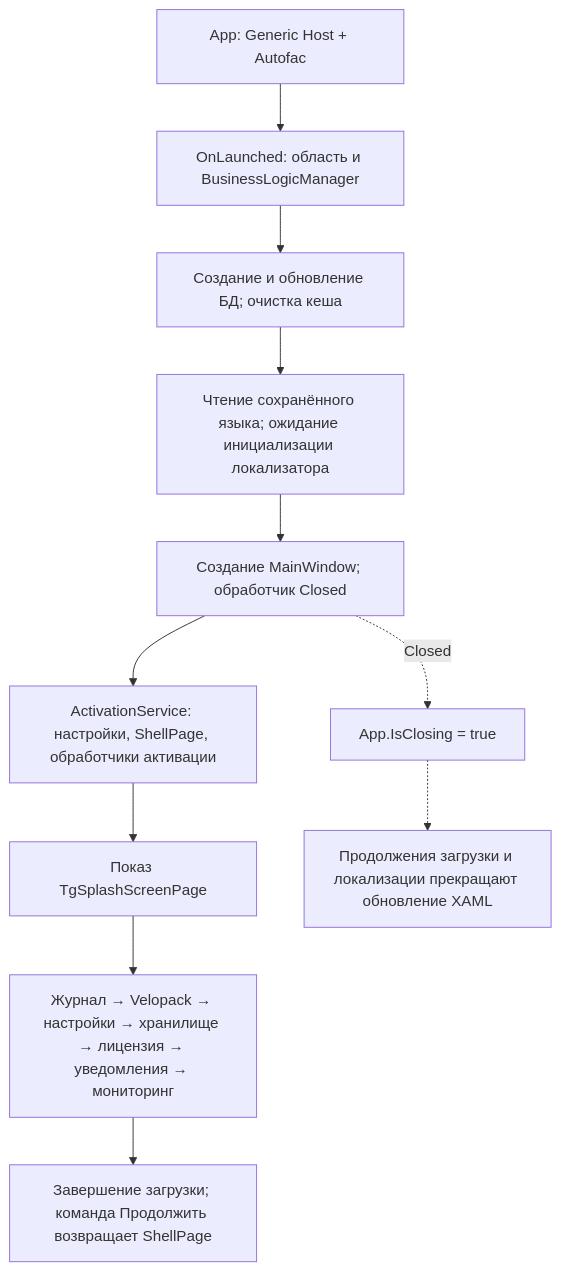
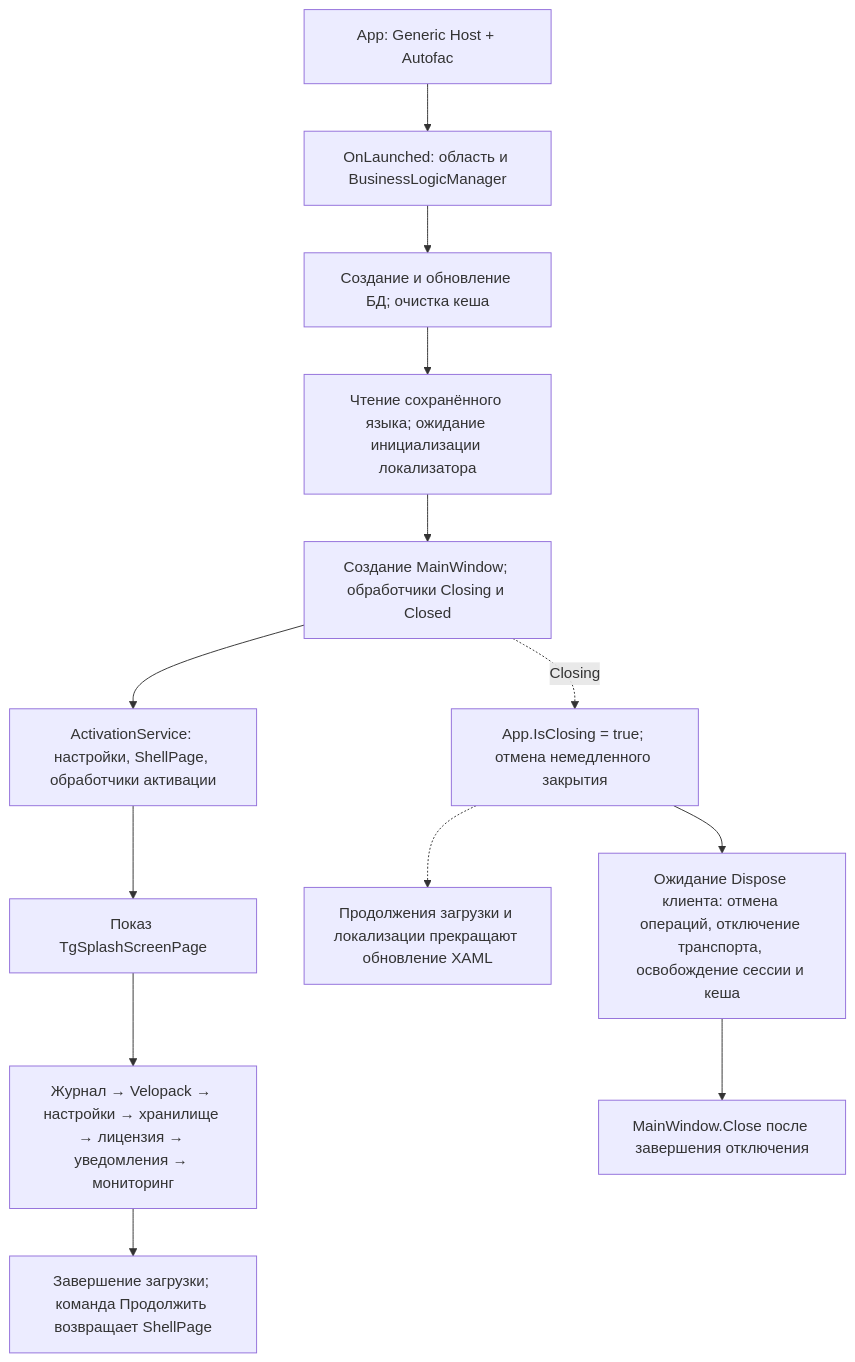
The second of 4 diagrams in ARCHITECTURE.md (DamianMorozov/OpenTgResearcher), drawn with Mermaid before and after one commit. The commit also changed other lines of this file and 75 other files, not shown here.

Commit message:
Исправление логики страницы подключения клиента, выбора прокси и подтверждения операций, добавление селфтестов; изменение целевой платформы на .NET 10; обновление NuGet пакетов

````diff
--- a/ARCHITECTURE.md
+++ b/ARCHITECTURE.md
@@ -70,13 +70,15 @@
 ```mermaid
 flowchart TD
     Host["App: Generic Host + Autofac"] --> Manager["OnLaunched: область и BusinessLogicManager"]
     Manager --> Database["Создание и обновление БД; очистка кеша"]
     Database --> Language["Чтение сохранённого языка; ожидание инициализации локализатора"]
-    Language --> Window["Создание MainWindow; обработчик Closed"]
+    Language --> Window["Создание MainWindow; обработчики Closing и Closed"]
     Window --> Activation["ActivationService: настройки, ShellPage, обработчики активации"]
     Activation --> Splash["Показ TgSplashScreenPage"]
     Splash --> Stages["Журнал → Velopack → настройки → хранилище → лицензия → уведомления → мониторинг"]
     Stages --> Complete["Завершение загрузки; команда Продолжить возвращает ShellPage"]
-    Window -. "Closed" .-> Closing["App.IsClosing = true"]
+    Window -. "Closing" .-> Closing["App.IsClosing = true; отмена немедленного закрытия"]
     Closing -.-> Guards["Продолжения загрузки и локализации прекращают обновление XAML"]
+    Closing --> Disconnect["Ожидание Dispose клиента: отмена операций, отключение транспорта, освобождение сессии и кеша"]
+    Disconnect --> Close["MainWindow.Close после завершения отключения"]
 ```
````
